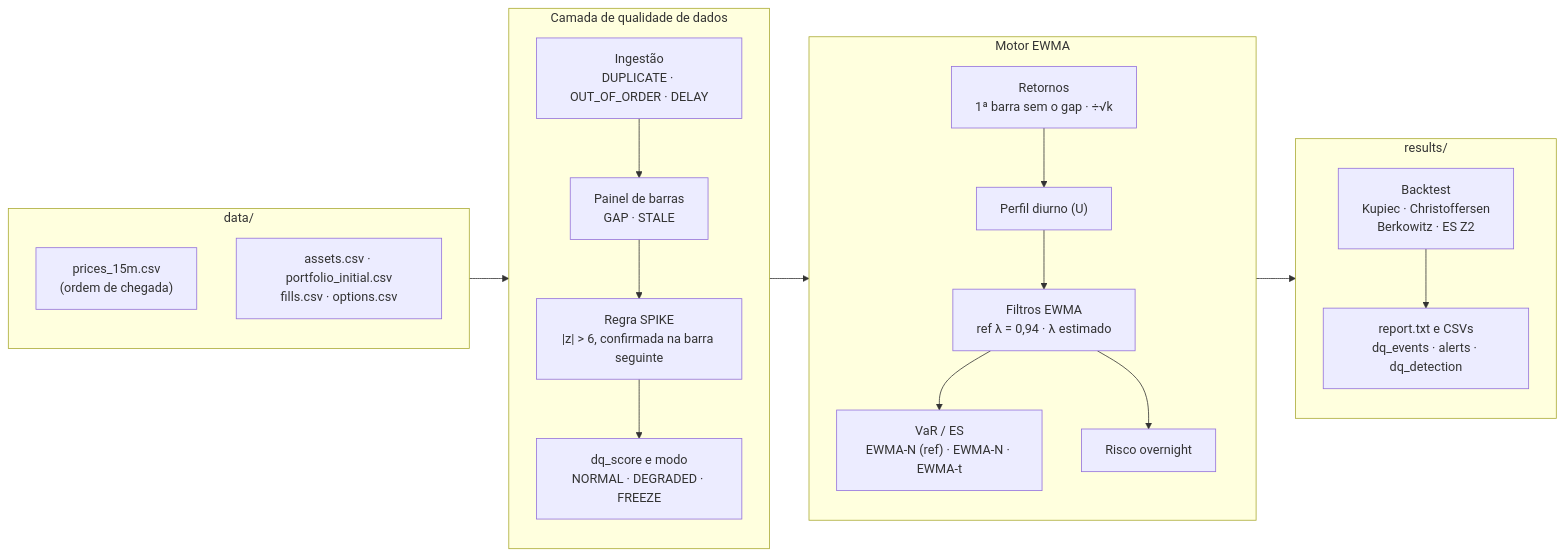
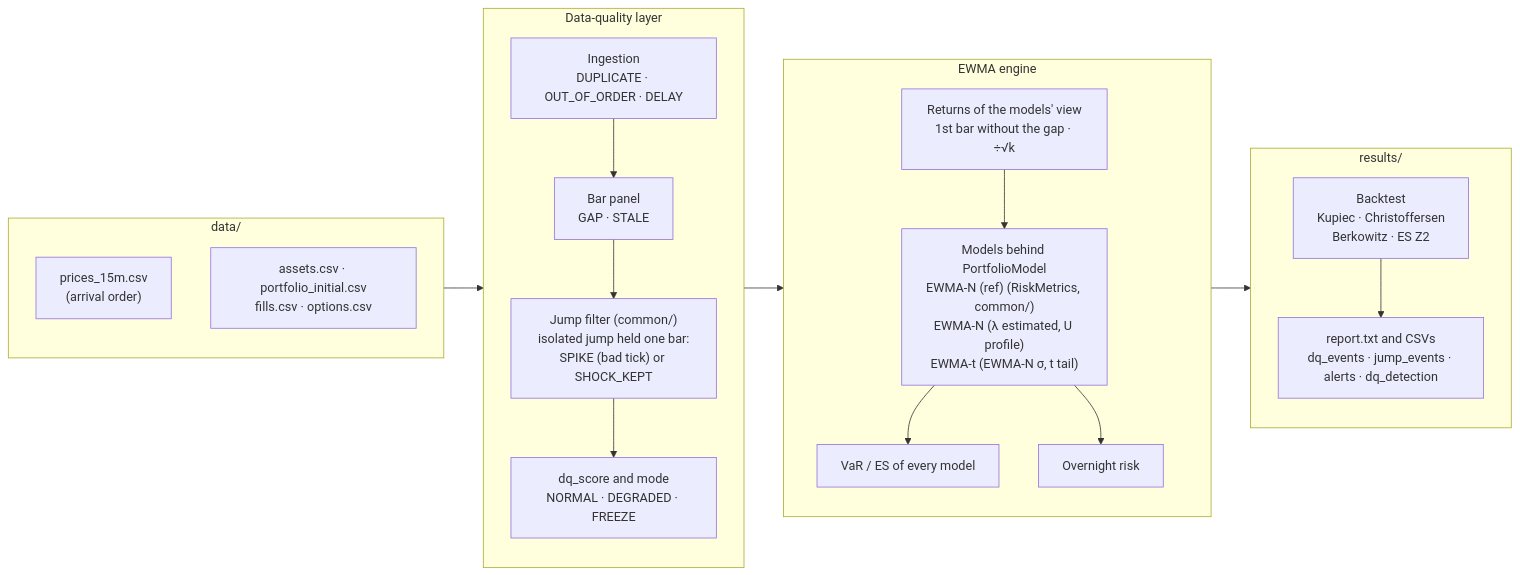
Before and after one commit to gustavoscardino/intraday-risk-engine: the second of 6 diagrams in architecture/README.md, drawn with Mermaid. The commit also changed other lines of this file and 97 other files, not shown here.

````diff
--- a/architecture/README.md
+++ b/architecture/README.md
@@ -67,37 +62,36 @@
 ```mermaid
 flowchart LR
-    subgraph Entrada["data/"]
+    subgraph Input["data/"]
         direction TB
-        P["prices_15m.csv<br/>(ordem de chegada)"]
+        P["prices_15m.csv<br/>(arrival order)"]
         A["assets.csv · portfolio_initial.csv<br/>fills.csv · options.csv"]
     end
 
-    subgraph DQ["Camada de qualidade de dados"]
+    subgraph DQ["Data-quality layer"]
         direction TB
-        I["Ingestão<br/>DUPLICATE · OUT_OF_ORDER · DELAY"]
-        G["Painel de barras<br/>GAP · STALE"]
-        S["Regra SPIKE<br/>|z| > 6, confirmada na barra seguinte"]
-        M["dq_score e modo<br/>NORMAL · DEGRADED · FREEZE"]
+        I["Ingestion<br/>DUPLICATE · OUT_OF_ORDER · DELAY"]
+        G["Bar panel<br/>GAP · STALE"]
+        S["Jump filter (common/)<br/>isolated jump held one bar:<br/>SPIKE (bad tick) or SHOCK_KEPT"]
+        M["dq_score and mode<br/>NORMAL · DEGRADED · FREEZE"]
         I --> G --> S --> M
     end
 
-    subgraph Motor["Motor EWMA"]
+    subgraph Engine["EWMA engine"]
         direction TB
-        R["Retornos<br/>1ª barra sem o gap · ÷√k"]
-        U["Perfil diurno (U)"]
-        E["Filtros EWMA<br/>ref λ = 0,94 · λ estimado"]
-        F["VaR / ES<br/>EWMA-N (ref) · EWMA-N · EWMA-t"]
-        O["Risco overnight"]
-        R --> U --> E --> F
+        R["Returns of the models' view<br/>1st bar without the gap · ÷√k"]
+        E["Models behind PortfolioModel<br/>EWMA-N (ref) (RiskMetrics, common/)<br/>EWMA-N (λ estimated, U profile)<br/>EWMA-t (EWMA-N σ, t tail)"]
+        F["VaR / ES of every model"]
+        O["Overnight risk"]
+        R --> E --> F
         E --> O
     end
 
-    subgraph Saida["results/"]
+    subgraph Output["results/"]
         direction TB
         B["Backtest<br/>Kupiec · Christoffersen<br/>Berkowitz · ES Z2"]
-        C["report.txt e CSVs<br/>dq_events · alerts · dq_detection"]
+        C["report.txt and CSVs<br/>dq_events · jump_events · alerts · dq_detection"]
         B --> C
     end
 
-    Entrada --> DQ --> Motor --> Saida
+    Input --> DQ --> Engine --> Output
 ```
````
